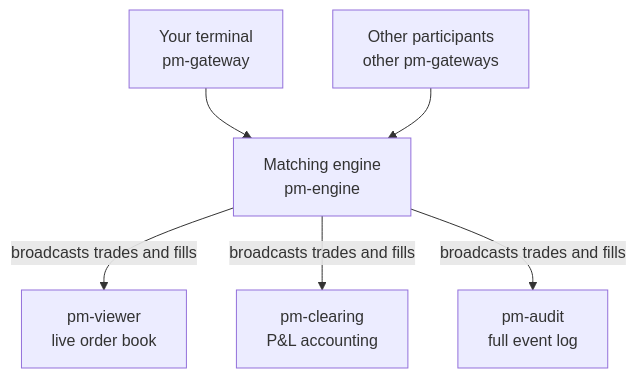
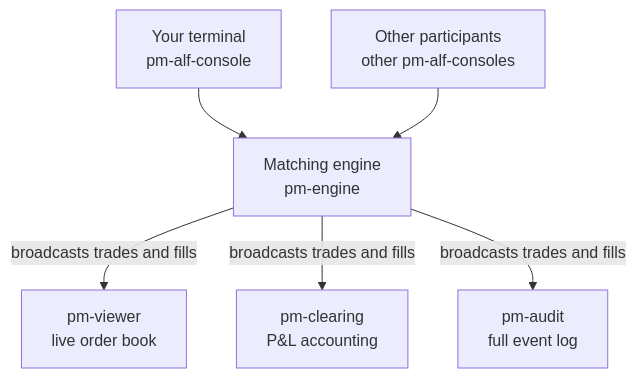
The second of 2 diagrams in docs/index.md (johan162/EduMatcher), drawn with Mermaid before and after one commit. The commit also changed other lines of this file and 38 other files, not shown here.

````diff
--- a/docs/index.md
+++ b/docs/index.md
@@ -47,15 +47,15 @@
 ```mermaid
 flowchart TD
-  GW1[Your terminal<br/>pm-gateway]
+  GW1[Your terminal<br/>pm-alf-console]
   ENG[Matching engine<br/>pm-engine]
-  GW2[Other participants<br/>other pm-gateways]
+  GW2[Other participants<br/>other pm-alf-consoles]
   VIEW[pm-viewer<br/>live order book]
   CLR[pm-clearing<br/>P&L accounting]
   AUD[pm-audit<br/>full event log]
 
   GW1 --> ENG
   GW2 --> ENG
   ENG -->|broadcasts trades and fills| VIEW
   ENG -->|broadcasts trades and fills| CLR
   ENG -->|broadcasts trades and fills| AUD
 ```
````
